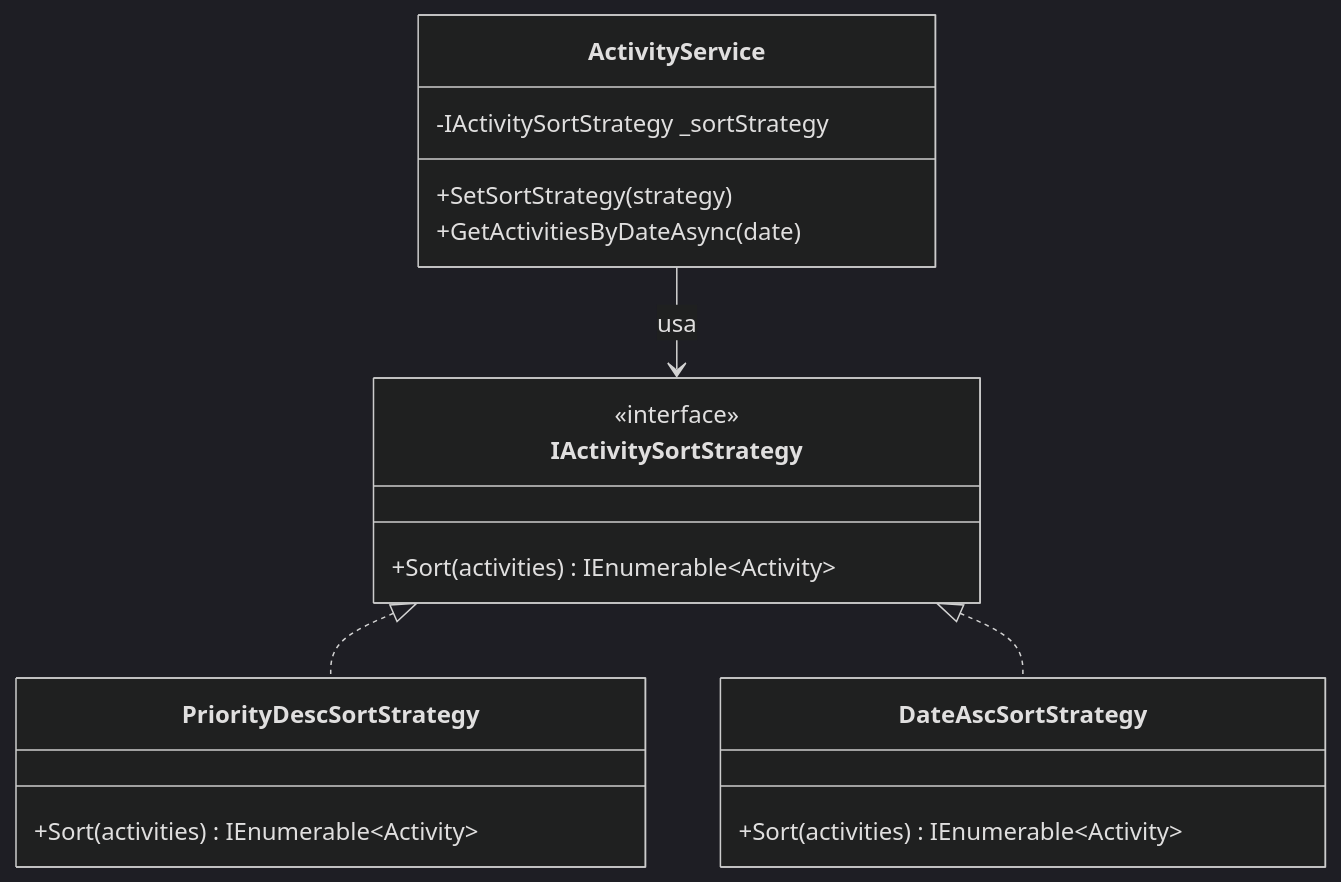
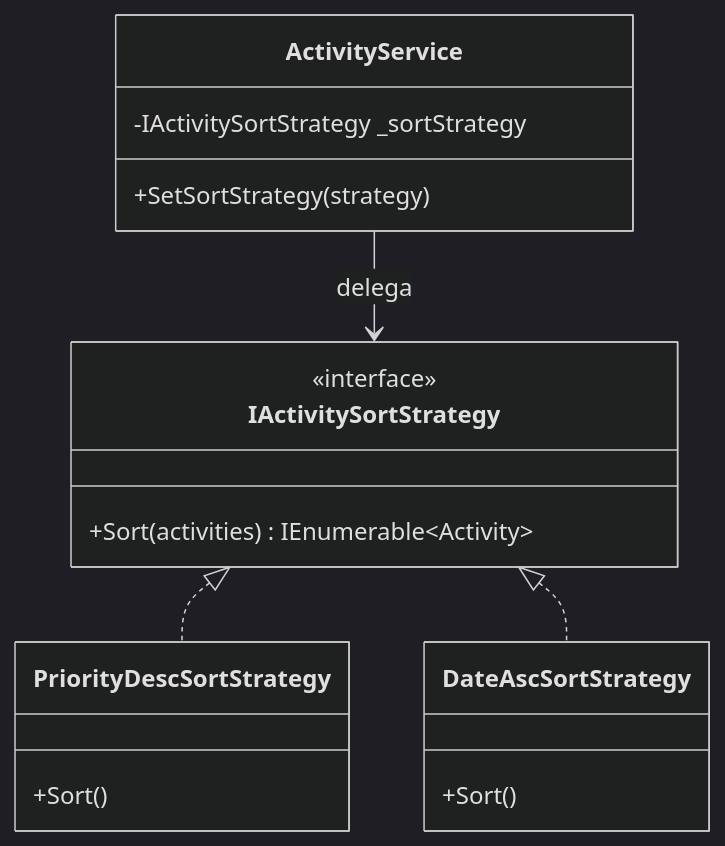
The first of 5 diagrams in PATRONES-GOF.md (kiki-bot-sudo/Arq-Soft-TaskFlow-Enrique), drawn with Mermaid (dark theme) before and after one commit. The commit also changed other lines of this file, not shown here.

````diff
--- a/PATRONES-GOF.md
+++ b/PATRONES-GOF.md
@@ -30,22 +18,16 @@
 ```mermaid
 classDiagram
     class IActivitySortStrategy {
         <<interface>>
         +Sort(activities) IEnumerable~Activity~
     }
-    class PriorityDescSortStrategy {
-        +Sort(activities) IEnumerable~Activity~
-    }
-    class DateAscSortStrategy {
-        +Sort(activities) IEnumerable~Activity~
-    }
+    class PriorityDescSortStrategy { +Sort() }
+    class DateAscSortStrategy { +Sort() }
     class ActivityService {
         -IActivitySortStrategy _sortStrategy
         +SetSortStrategy(strategy)
-        +GetActivitiesByDateAsync(date)
     }
-
     IActivitySortStrategy <|.. PriorityDescSortStrategy
     IActivitySortStrategy <|.. DateAscSortStrategy
-    ActivityService --> IActivitySortStrategy : usa
+    ActivityService --> IActivitySortStrategy : delega
 ```
````
